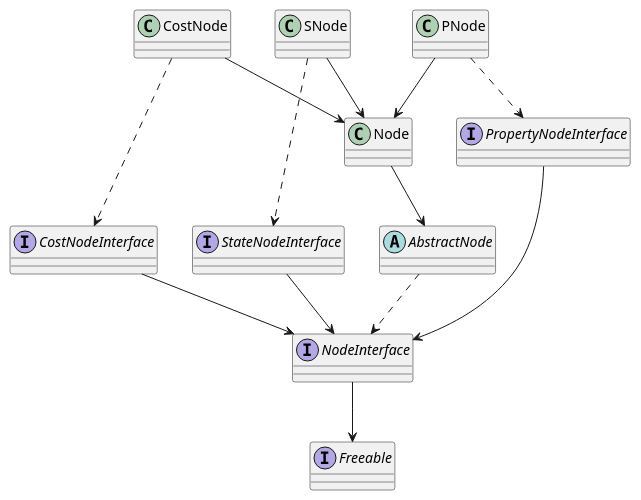
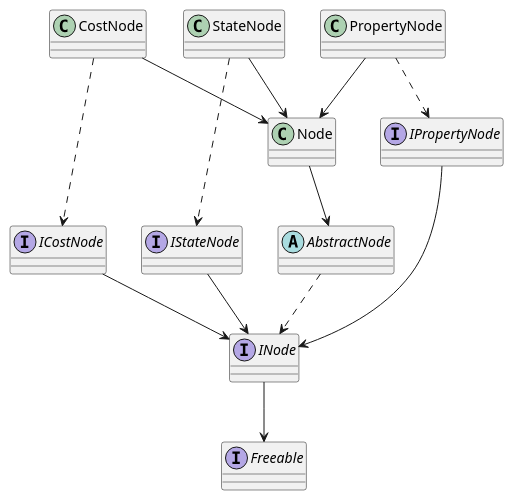
One commit to JungVictor/jungvictor.github.io changed the second of 2 diagrams in doc/structure/nodes.md. Above: the diagram before and after it, drawn with PlantUML. The commit also changed other lines of this file and 6 other files, not shown here.

````diff
--- a/doc/structure/nodes.md
+++ b/doc/structure/nodes.md
@@ -32,32 +32,32 @@
 ```plantuml
 @startuml
 
 interface Freeable
-interface NodeInterface
-interface CostNodeInterface
-interface StateNodeInterface
-interface PropertyNodeInterface
+interface INode
+interface ICostNode
+interface IStateNode
+interface IPropertyNode
 
 abstract AbstractNode
 class Node
 class CostNode
-class SNode
-class PNode
+class StateNode
+class PropertyNode
 
 
-NodeInterface --> Freeable
-CostNodeInterface --> NodeInterface
-StateNodeInterface --> NodeInterface
-PropertyNodeInterface --> NodeInterface
+INode --> Freeable
+ICostNode --> INode
+IStateNode --> INode
+IPropertyNode --> INode
 
-AbstractNode ..> NodeInterface
+AbstractNode ..> INode
 Node --> AbstractNode
 CostNode --> Node
-CostNode ..> CostNodeInterface
-SNode --> Node
-SNode ..> StateNodeInterface
-PNode --> Node
-PNode ..> PropertyNodeInterface
+CostNode ..> ICostNode
+StateNode --> Node
+StateNode ..> IStateNode
+PropertyNode --> Node
+PropertyNode ..> IPropertyNode
 
 @enduml
 ```
````
